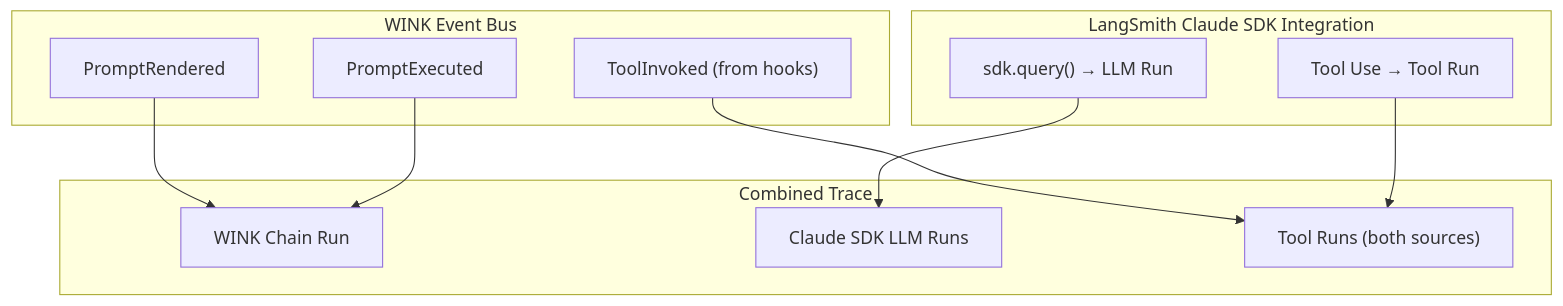
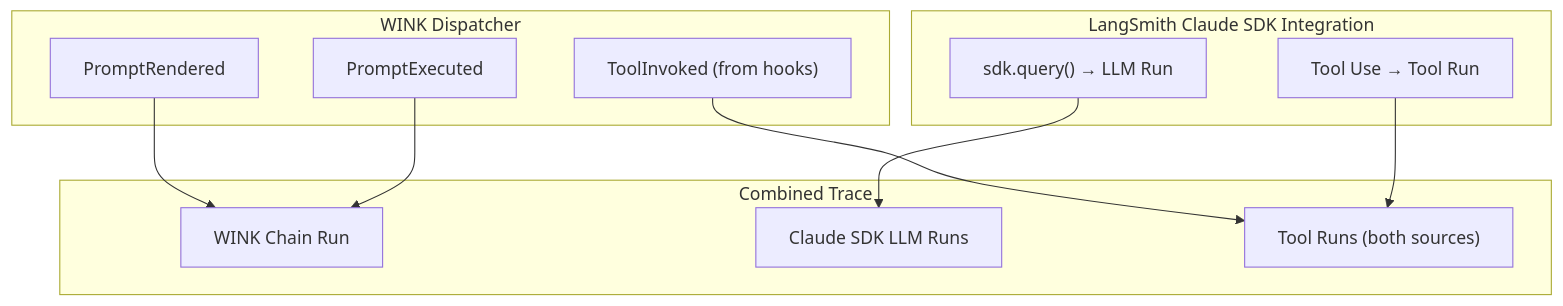
The fifth of 6 diagrams in specs/LANGSMITH.md (weakincentives/weakincentives), drawn with Mermaid before and after one commit. The commit also changed other lines of this file, not shown here.

````diff
--- a/specs/LANGSMITH.md
+++ b/specs/LANGSMITH.md
@@ -285,25 +312,25 @@
 ```mermaid
 flowchart TB
-    subgraph WINK["WINK Event Bus"]
+    subgraph WINK["WINK Dispatcher"]
         PR["PromptRendered"]
         TI["ToolInvoked (from hooks)"]
         PE["PromptExecuted"]
     end
 
     subgraph LS["LangSmith Claude SDK Integration"]
         Query["sdk.query() → LLM Run"]
         Tool["Tool Use → Tool Run"]
     end
 
     subgraph Combined["Combined Trace"]
         Root["WINK Chain Run"]
         LLM["Claude SDK LLM Runs"]
         Tools["Tool Runs (both sources)"]
     end
 
     PR --> Root
     Query --> LLM
     TI --> Tools
     Tool --> Tools
     PE --> Root
 ```
````
